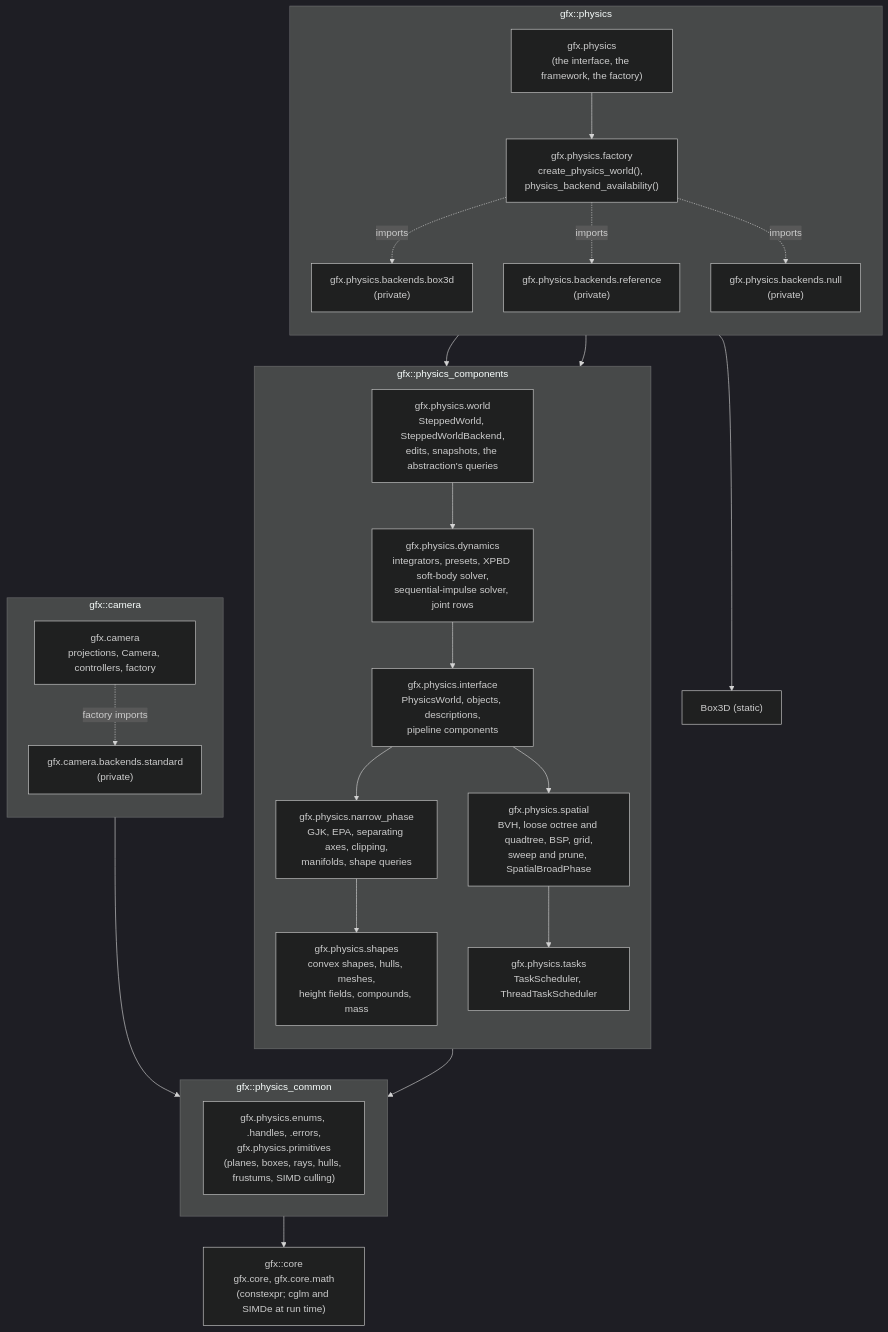
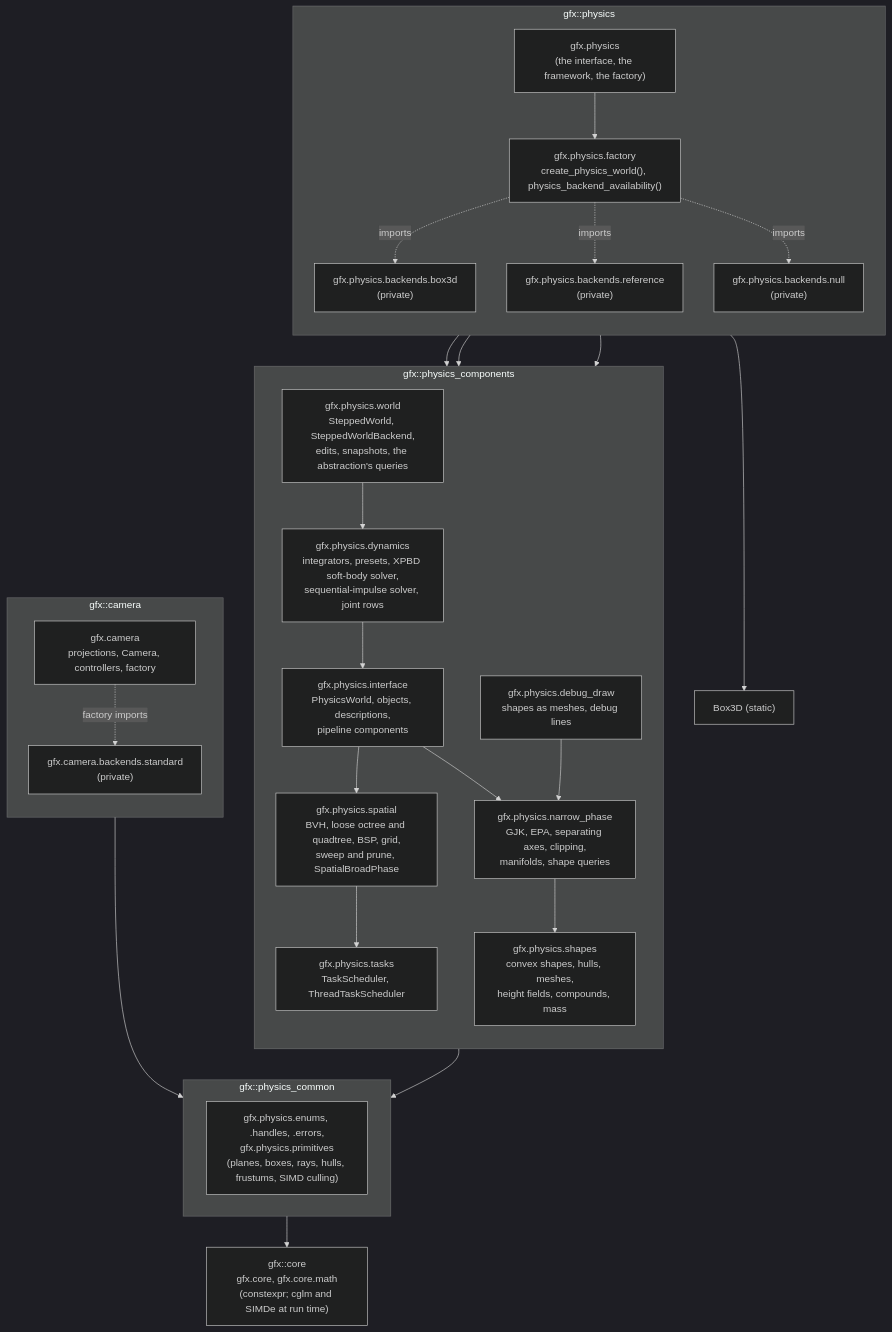
One commit to bueno-mhc/gfx changed diagram 22 of 29 in docs/architecture.md. Above: the diagram before and after it, drawn with Mermaid (dark theme). The commit also changed 10 other files, not shown here.

````diff
--- a/docs/architecture.md
+++ b/docs/architecture.md
@@ -860,47 +860,50 @@
 ```mermaid
 flowchart TB
     subgraph physics_lib["gfx::physics"]
         direction TB
         umbrella["gfx.physics<br/>(the interface, the framework, the factory)"]
         factory["gfx.physics.factory<br/>create_physics_world(), physics_backend_availability()"]
         box3d["gfx.physics.backends.box3d<br/>(private)"]
         reference["gfx.physics.backends.reference<br/>(private)"]
         null_backend["gfx.physics.backends.null<br/>(private)"]
     end
     subgraph components_lib["gfx::physics_components"]
         direction TB
         world["gfx.physics.world<br/>SteppedWorld, SteppedWorldBackend,<br/>edits, snapshots, the abstraction's queries"]
         dynamics["gfx.physics.dynamics<br/>integrators, presets, XPBD soft-body solver,<br/>sequential-impulse solver, joint rows"]
         interface["gfx.physics.interface<br/>PhysicsWorld, objects, descriptions,<br/>pipeline components"]
         spatial["gfx.physics.spatial<br/>BVH, loose octree and quadtree, BSP, grid,<br/>sweep and prune, SpatialBroadPhase"]
         narrow["gfx.physics.narrow_phase<br/>GJK, EPA, separating axes, clipping,<br/>manifolds, shape queries"]
         shapes["gfx.physics.shapes<br/>convex shapes, hulls, meshes,<br/>height fields, compounds, mass"]
         tasks["gfx.physics.tasks<br/>TaskScheduler, ThreadTaskScheduler"]
+        debug_draw["gfx.physics.debug_draw<br/>shapes as meshes, debug lines"]
     end
     subgraph camera_lib["gfx::camera"]
         direction TB
         camera["gfx.camera<br/>projections, Camera, controllers, factory"]
         standard["gfx.camera.backends.standard<br/>(private)"]
     end
     subgraph common_lib["gfx::physics_common"]
         common["gfx.physics.enums, .handles, .errors,<br/>gfx.physics.primitives<br/>(planes, boxes, rays, hulls, frustums, SIMD culling)"]
     end
     core["gfx::core<br/>gfx.core, gfx.core.math<br/>(constexpr; cglm and SIMDe at run time)"]
     umbrella --> world
+    umbrella --> debug_draw
     umbrella --> factory
     factory -.->|imports| box3d
     factory -.->|imports| reference
     factory -.->|imports| null_backend
     box3d --> third_box3d["Box3D (static)"]
     physics_lib --> components_lib
     world --> dynamics
     dynamics --> interface
     interface --> spatial
     interface --> narrow
     narrow --> shapes
+    debug_draw --> narrow
     spatial --> tasks
     components_lib --> common_lib
     camera -.->|factory imports| standard
     camera_lib --> common_lib
     common_lib --> core
 ```
````
